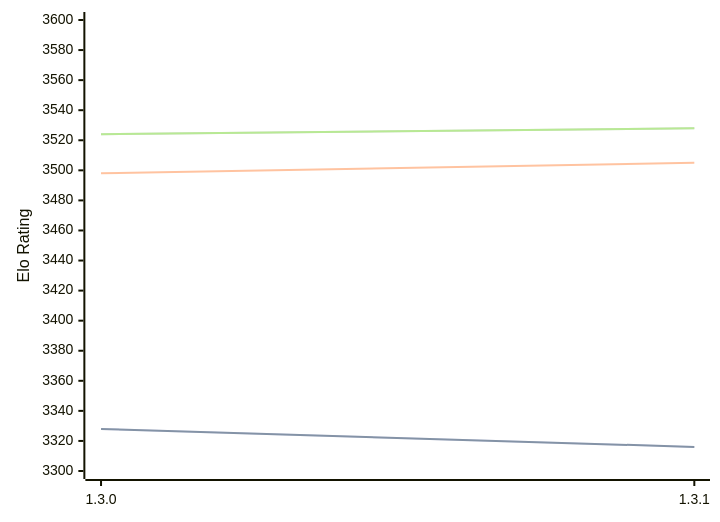
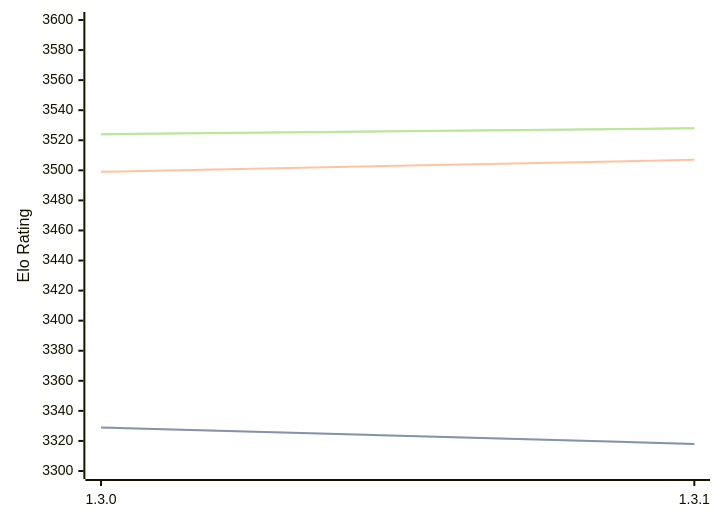
The diagram in engines/Renegade.md (computer-chess-index/cci), drawn with Mermaid before and after one commit. The commit also changed other lines of this file, not shown here.

````diff
--- a/engines/Renegade.md
+++ b/engines/Renegade.md
@@ -42,11 +42,11 @@
 ```mermaid
 %%{init: {"theme":"base","themeVariables":{"seriesColors:['#a3a3a3','#222221','#faa371']}}}%%
 xychart-beta
   x-axis ["1.3.0", "1.3.1"]
   y-axis "Elo Rating" 3300 --> 3600
-  line "STC (8.0+0.08s)" [3328, 3316]
-  line "STC (8.0+0.08s)" [3328, 3316]
-  line "LTC (60.0+0.60s)" [3498, 3505]
+  line "STC (8.0+0.08s)" [3329, 3318]
+  line "STC (8.0+0.08s)" [3329, 3318]
+  line "LTC (60.0+0.60s)" [3499, 3507]
   line "VLTC (2m24s+1.12s)" [3524, 3528]
   line "VLTC (2m24s+1.12s)" [3524, 3528]
 ```
````
